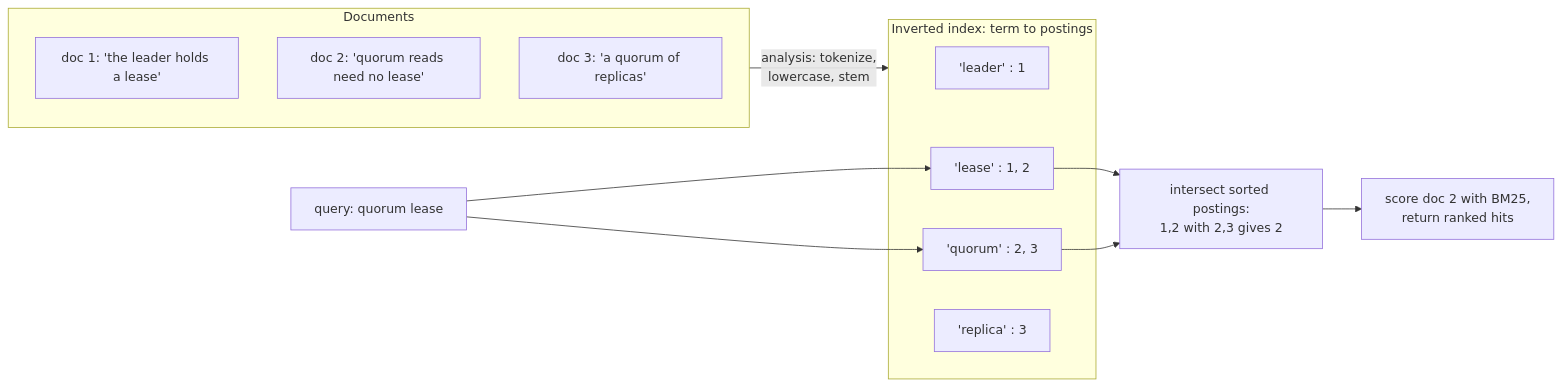
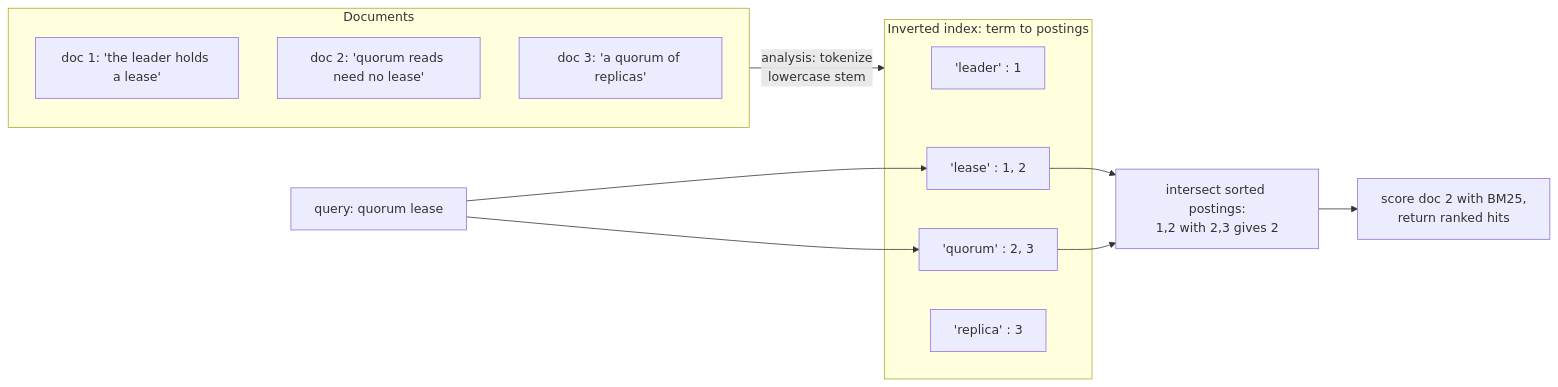
The first of 7 diagrams in vol-05-databases/ch13-specialized-stores.md (bumbsclaw/textbooks), drawn with Mermaid before and after one commit. The commit also changed other lines of this file and 173 other files, not shown here.

First line of the commit message:
fix(mermaid): close note brackets, semicolons in Notes, stateDiagram br -> dash, edge parens

````diff
--- a/vol-05-databases/ch13-specialized-stores.md
+++ b/vol-05-databases/ch13-specialized-stores.md
@@ -100,20 +100,20 @@
 ```mermaid
 flowchart LR
   subgraph DOCS["Documents"]
     D1["doc 1: 'the leader holds a lease'"]
     D2["doc 2: 'quorum reads need no lease'"]
     D3["doc 3: 'a quorum of replicas'"]
   end
   subgraph IDX["Inverted index: term to postings"]
     T1["'leader' : 1"]
     T2["'lease' : 1, 2"]
     T3["'quorum' : 2, 3"]
     T4["'replica' : 3"]
   end
-  DOCS -->|"analysis: tokenize,<br/>lowercase, stem"| IDX
+  DOCS -->|"analysis: tokenize <br >lowercase stem"| IDX
   Q["query: quorum lease"] --> T2
   Q --> T3
   T2 --> M["intersect sorted postings:<br/>1,2 with 2,3 gives 2"]
   T3 --> M
   M --> R["score doc 2 with BM25,<br/>return ranked hits"]
 ```
````
